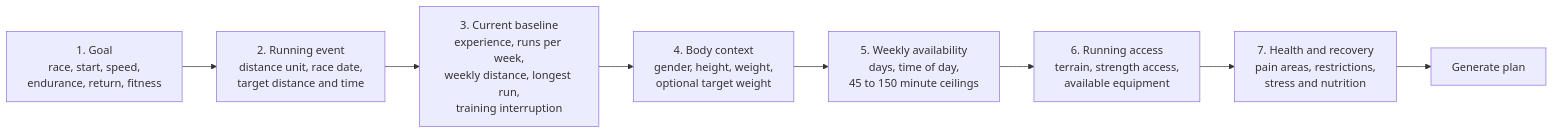
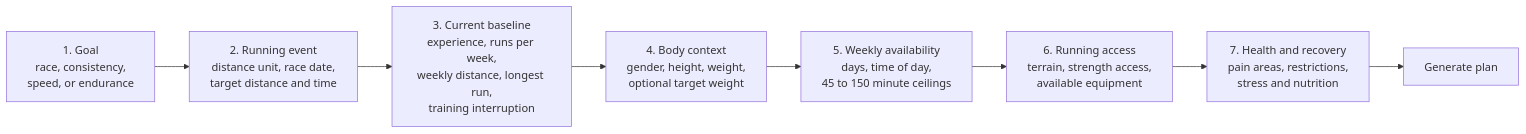
One commit to vamshikrishnabrungi/Fitness-App changed the first of 7 diagrams in docs/training-generation-architecture.md. Above: the diagram before and after it, drawn with Mermaid. The commit also changed 3 other files, not shown here.

Commit message:
Simplify running goal onboarding

````diff
--- a/docs/training-generation-architecture.md
+++ b/docs/training-generation-architecture.md
@@ -13,10 +13,10 @@
 ```mermaid
 flowchart LR
-    A[1. Goal<br/>race, start, speed,<br/>endurance, return, fitness] --> B[2. Running event<br/>distance unit, race date,<br/>target distance and time]
+    A[1. Goal<br/>race, consistency,<br/>speed, or endurance] --> B[2. Running event<br/>distance unit, race date,<br/>target distance and time]
     B --> C[3. Current baseline<br/>experience, runs per week,<br/>weekly distance, longest run,<br/>training interruption]
     C --> D[4. Body context<br/>gender, height, weight,<br/>optional target weight]
     D --> E[5. Weekly availability<br/>days, time of day,<br/>45 to 150 minute ceilings]
     E --> F[6. Running access<br/>terrain, strength access,<br/>available equipment]
     F --> G[7. Health and recovery<br/>pain areas, restrictions,<br/>stress and nutrition]
     G --> H[Generate plan]
 ```
````
